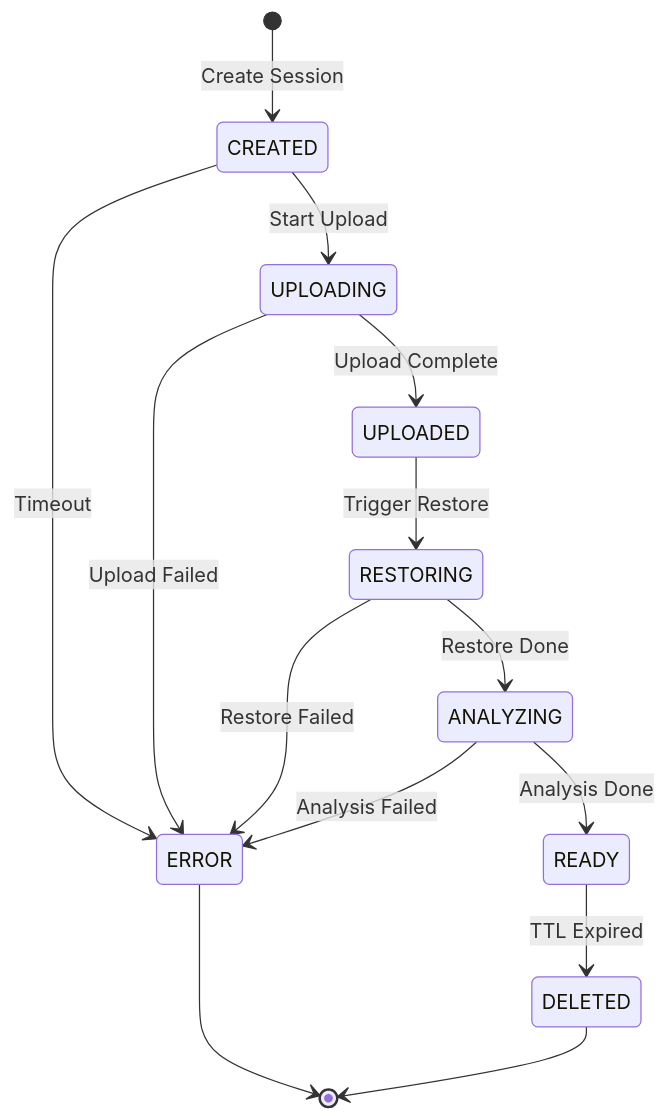
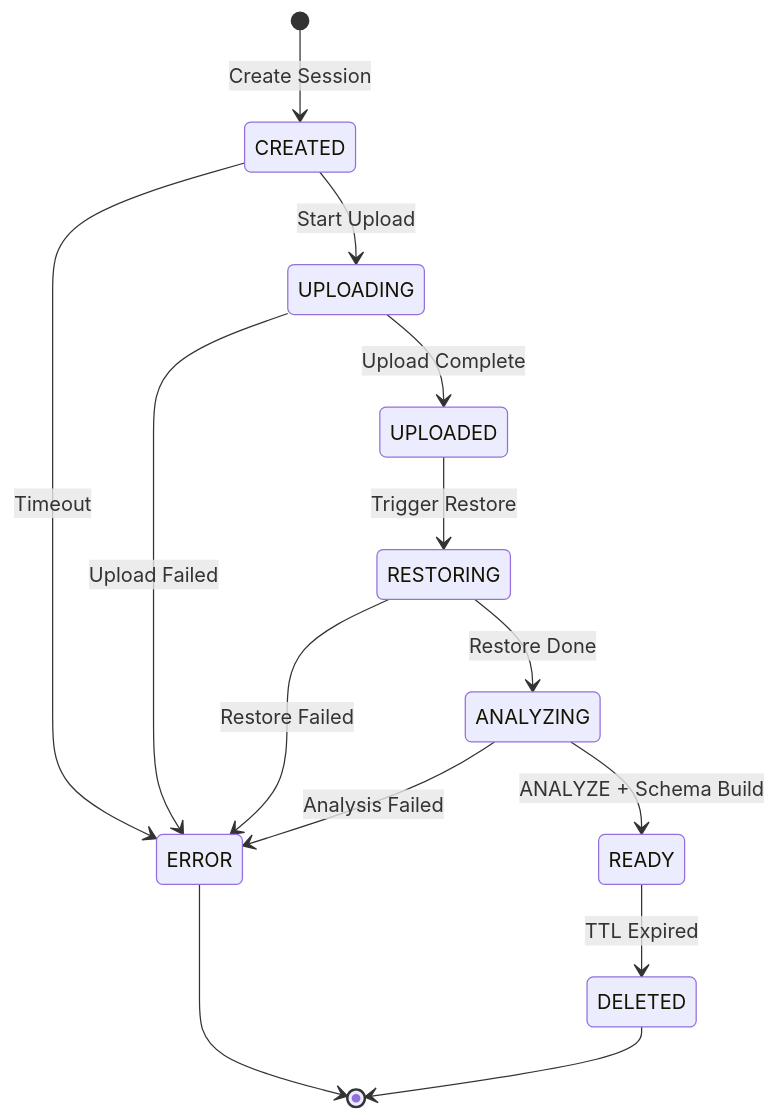
One commit to pkaiy81/PgDumpLens changed the third of 10 diagrams in docs/architecture.md. Above: the diagram before and after it, drawn with Mermaid. The commit also changed other lines of this file and 16 other files, not shown here.

````diff
--- a/docs/architecture.md
+++ b/docs/architecture.md
@@ -93,18 +93,18 @@
 ```mermaid
 stateDiagram-v2
     [*] --> CREATED: Create Session
     CREATED --> UPLOADING: Start Upload
     UPLOADING --> UPLOADED: Upload Complete
     UPLOADED --> RESTORING: Trigger Restore
     RESTORING --> ANALYZING: Restore Done
-    ANALYZING --> READY: Analysis Done
+    ANALYZING --> READY: ANALYZE + Schema Build
     READY --> DELETED: TTL Expired
     
     CREATED --> ERROR: Timeout
     UPLOADING --> ERROR: Upload Failed
     RESTORING --> ERROR: Restore Failed
     ANALYZING --> ERROR: Analysis Failed
     
     ERROR --> [*]
     DELETED --> [*]
 ```
````
